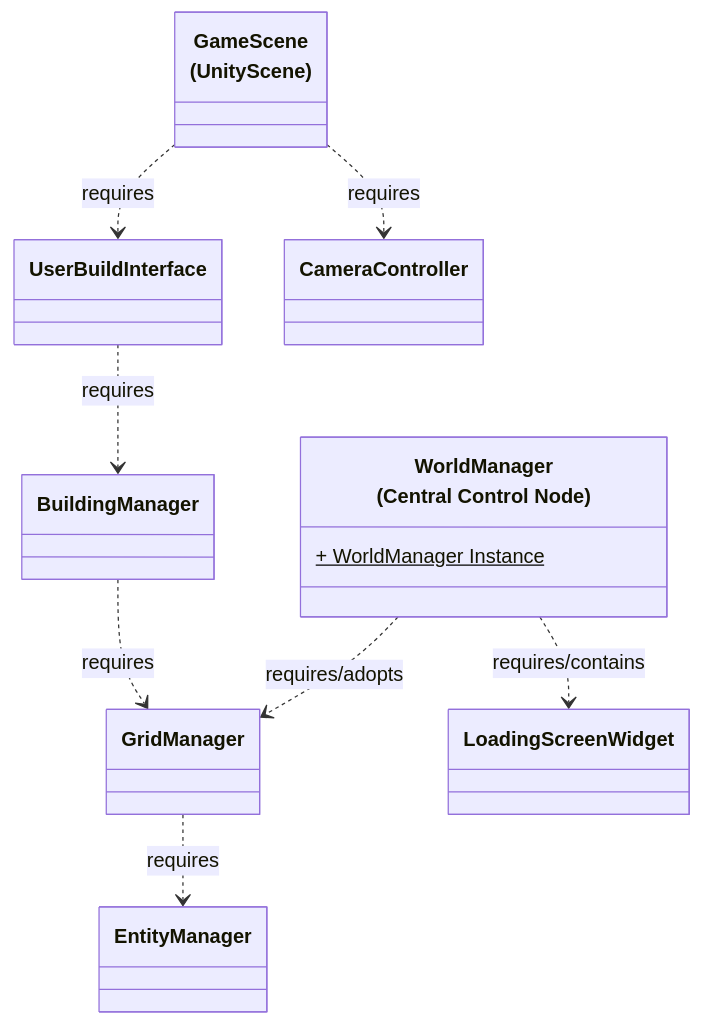
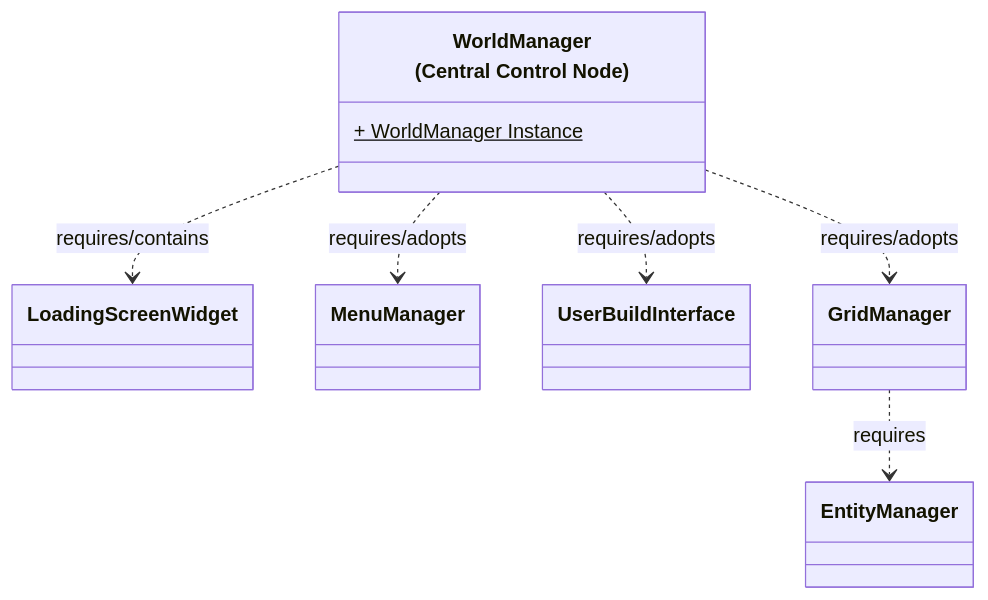
Before and after one commit to Gruppe-8-PIP-2025/projekt: the first of 2 diagrams in README.md, drawn with Mermaid.

````diff
--- a/README.md
+++ b/README.md
@@ -4,22 +4,14 @@
 ```mermaid
 classDiagram
-
-class GameScene["GameScene<br/>(UnityScene)"]
 
 class WorldManager["WorldManager<br/>(Central Control Node)"] {
  + WorldManager Instance$
 }
 
-%%%GameScene ..> WorldManager : requires
-GameScene ..> UserBuildInterface : requires
-GameScene ..> CameraController : requires
-
+WorldManager ..> LoadingScreenWidget : requires/contains
+WorldManager ..> MenuManager : requires/adopts
+WorldManager ..> UserBuildInterface : requires/adopts
 WorldManager ..> GridManager : requires/adopts
-WorldManager ..> LoadingScreenWidget : requires/contains
-
-UserBuildInterface ..> BuildingManager : requires
-
-BuildingManager ..> GridManager : requires
 
 GridManager ..> EntityManager : requires
 ```
````
